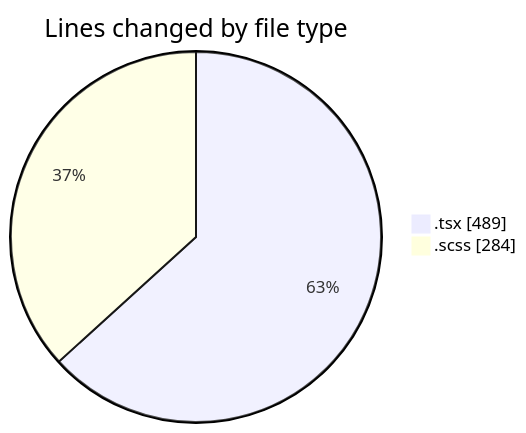
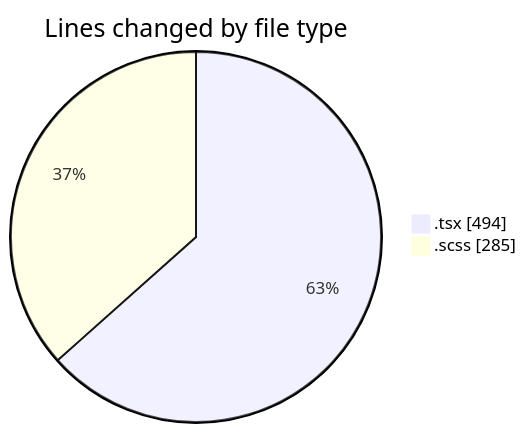
The first of 2 diagrams in 2026-02-25/cda/README.md (momahboobian/code-tracking), drawn with Mermaid before and after one commit. The commit also changed other lines of this file and 1 other file, not shown here.

````diff
--- a/2026-02-25/cda/README.md
+++ b/2026-02-25/cda/README.md
@@ -21,6 +21,6 @@
 ```mermaid
 pie showData
 title Lines changed by file type
-".tsx" : 489
-".scss" : 284
+".tsx" : 494
+".scss" : 285
 ```
````
